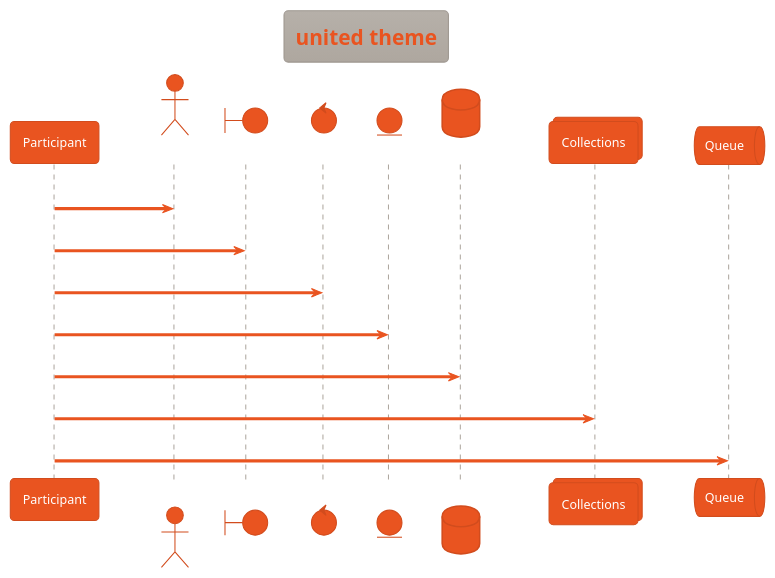
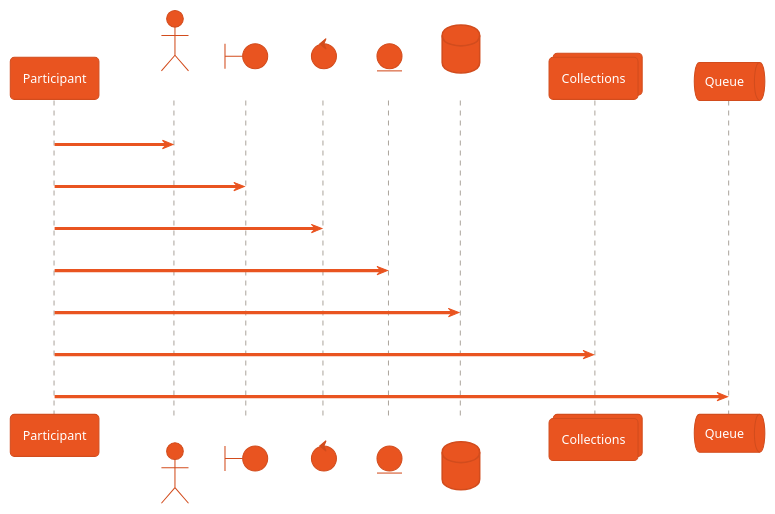
The diagram in gallery/Sequence-united.puml (The-Lum/puml-themes-gallery), drawn with PlantUML before and after one commit. The commit also changed 1403 other files, not shown here.

```diff
--- a/gallery/Sequence-united.puml
+++ b/gallery/Sequence-united.puml
@@ -5,19 +5,18 @@
 @startuml
 !theme united
-title united theme
 participant Participant as Foo
 actor       Actor       as Foo1
 boundary    Boundary    as Foo2
 control     Control     as Foo3
 entity      Entity      as Foo4
 database    Database    as Foo5
 collections Collections as Foo6
 queue       Queue       as Foo7
 Foo -> Foo1 : To actor 
 Foo -> Foo2 : To boundary
 Foo -> Foo3 : To control
 Foo -> Foo4 : To entity
 Foo -> Foo5 : To database
 Foo -> Foo6 : To collections
 Foo -> Foo7 : To queue
 @enduml
```
